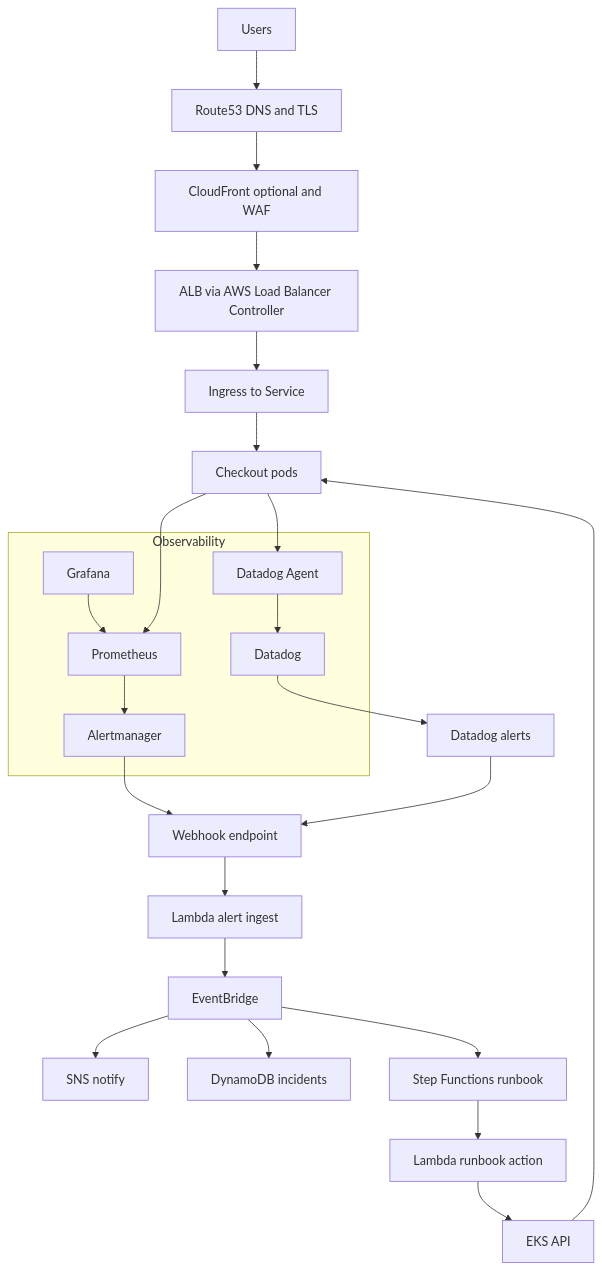
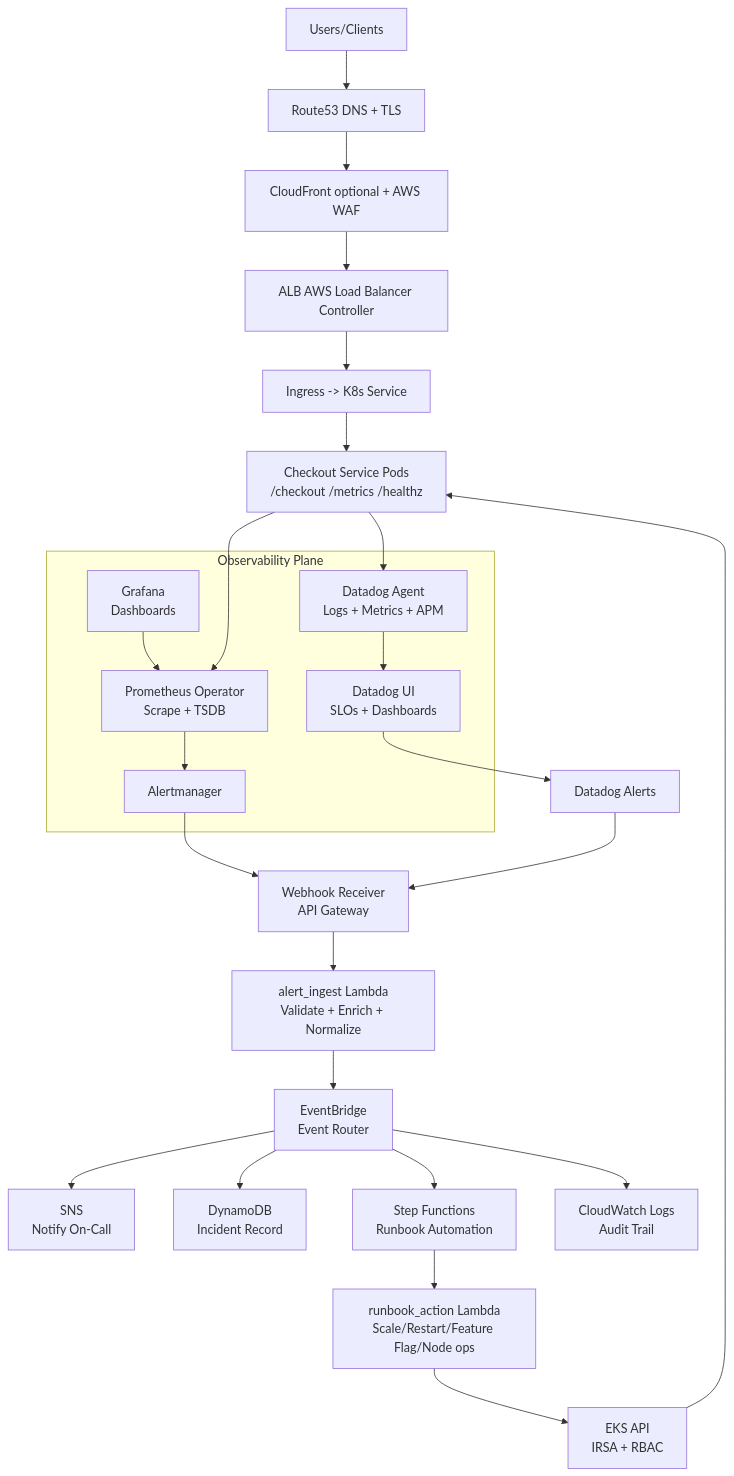
The diagram in README.md (amrutp24/event-driven-sre-platform), drawn with Mermaid before and after one commit. The commit also changed other lines of this file and 15 other files, not shown here.

````diff
--- a/README.md
+++ b/README.md
@@ -9,31 +32,32 @@
 ```mermaid
 flowchart TD
-  U[Users] --> R53[Route53 DNS and TLS]
-  R53 --> EDGE[CloudFront optional and WAF]
-  EDGE --> ALB[ALB via AWS Load Balancer Controller]
-  ALB --> ING[Ingress to Service]
-  ING --> APP[Checkout pods]
+  U[Users/Clients] --> R53[Route53 DNS + TLS]
+  R53 --> WAF[CloudFront optional + AWS WAF]
+  WAF --> ALB[ALB AWS Load Balancer Controller]
+  ALB --> ING[Ingress -> K8s Service]
+  ING --> APP[Checkout Service Pods<br/>/checkout /metrics /healthz]
 
-  subgraph OBS[Observability]
-    PROM[Prometheus] --> AM[Alertmanager]
-    GRAF[Grafana] --> PROM
-    DDAG[Datadog Agent] --> DDUX[Datadog]
+  subgraph OBS[Observability Plane]
+    PROM[Prometheus Operator<br/>Scrape + TSDB] --> AM[Alertmanager]
+    GRAF[Grafana<br/>Dashboards] --> PROM
+    DDAG[Datadog Agent<br/>Logs + Metrics + APM] --> DDUX[Datadog UI<br/>SLOs + Dashboards]
   end
 
   APP --> PROM
   APP --> DDAG
 
-  AM --> WEBHOOK[Webhook endpoint]
-  DDUX --> DDALERTS[Datadog alerts] --> WEBHOOK
+  AM --> WEBHOOK[Webhook Receiver<br/>API Gateway]
+  DDUX --> DDALERTS[Datadog Alerts] --> WEBHOOK
 
-  WEBHOOK --> L1[Lambda alert ingest]
-  L1 --> EB[EventBridge]
+  WEBHOOK --> L1[alert_ingest Lambda<br/>Validate + Enrich + Normalize]
+  L1 --> EB[EventBridge<br/>Event Router]
 
-  EB --> SNS[SNS notify]
-  EB --> DDB[DynamoDB incidents]
-  EB --> SF[Step Functions runbook]
+  EB --> SNS[SNS<br/>Notify On-Call]
+  EB --> DDB[DynamoDB<br/>Incident Record]
+  EB --> SF[Step Functions<br/>Runbook Automation]
+  EB --> CW[CloudWatch Logs<br/>Audit Trail]
 
-  SF --> RBL[Lambda runbook action]
-  RBL --> EKS[EKS API]
+  SF --> REM[runbook_action Lambda<br/>Scale/Restart/Feature Flag/Node ops]
+  REM --> EKS[EKS API<br/>IRSA + RBAC]
   EKS --> APP
 ```
````
